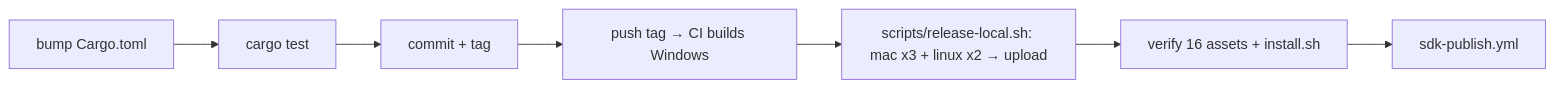
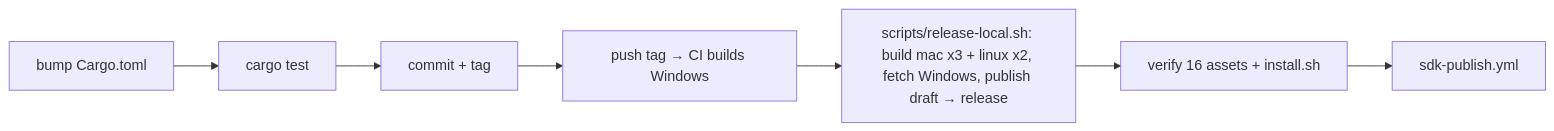
One commit to builtby-win/agent-hooks changed the diagram in skills/release-agent-hooks/SKILL.md. Above: the diagram before and after it, drawn with Mermaid. The commit also changed other lines of this file and 3 other files, not shown here.

Commit message:
fix(release): publish one complete release from the tagged commit; CI Windows artifacts only

````diff
--- a/skills/release-agent-hooks/SKILL.md
+++ b/skills/release-agent-hooks/SKILL.md
@@ -10,4 +10,4 @@
 ```mermaid
 flowchart LR
-    BUMP["bump Cargo.toml"] --> TEST["cargo test"] --> COMMIT["commit + tag"] --> PUSH["push tag → CI builds Windows"] --> LOCAL["scripts/release-local.sh: mac x3 + linux x2 → upload"] --> VERIFY["verify 16 assets + install.sh"] --> SDK["sdk-publish.yml"]
+    BUMP["bump Cargo.toml"] --> TEST["cargo test"] --> COMMIT["commit + tag"] --> PUSH["push tag → CI builds Windows"] --> LOCAL["scripts/release-local.sh: build mac x3 + linux x2, fetch Windows, publish draft → release"] --> VERIFY["verify 16 assets + install.sh"] --> SDK["sdk-publish.yml"]
 ```
````
